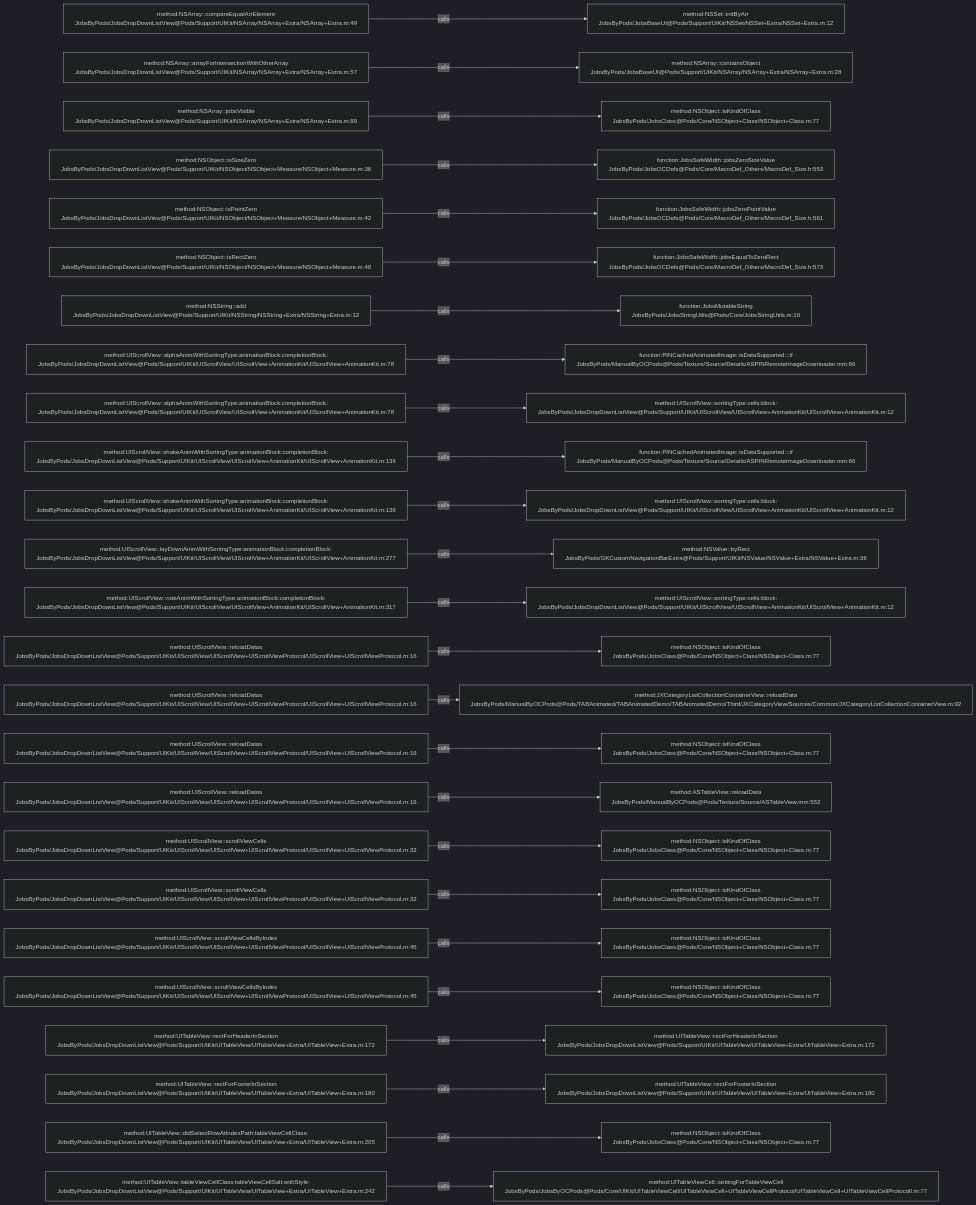
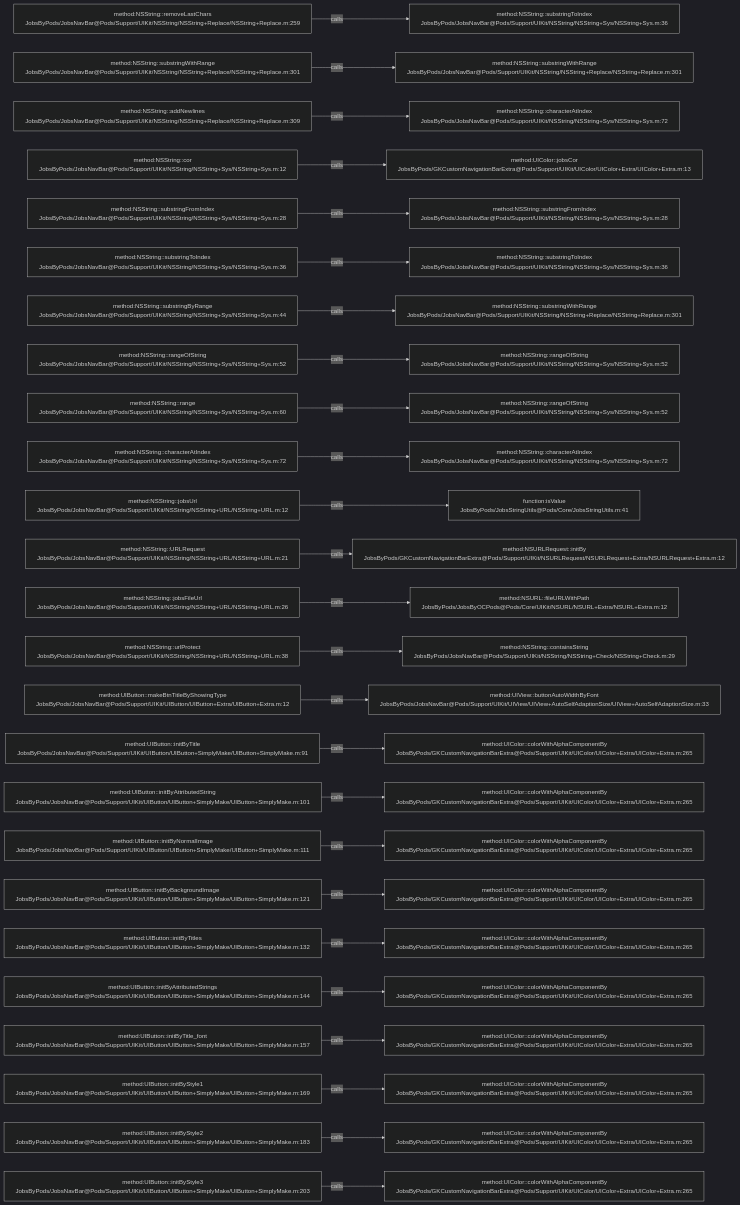
The diagram in .codegraph/codegraph.md/graphs/calls-121.md (JobsKits/JobsOCBaseConfigDemo), drawn with Mermaid (dark theme) before and after one commit. The commit also changed 1026 other files, not shown here.

````diff
--- a/.codegraph/codegraph.md/graphs/calls-121.md
+++ b/.codegraph/codegraph.md/graphs/calls-121.md
@@ -13,78 +13,78 @@
 ```mermaid
 flowchart LR
-  S1["method:NSArray::compareEqualArrElement<br/>JobsByPods/JobsDropDownListView@Pods/Support/UIKit/NSArray/NSArray+Extra/NSArray+Extra.m:49"]
-  T1["method:NSSet::initByArr<br/>JobsByPods/JobsBaseUI@Pods/Support/UIKit/NSSet/NSSet+Extra/NSSet+Extra.m:12"]
+  S1["method:NSString::removeLastChars<br/>JobsByPods/JobsNavBar@Pods/Support/UIKit/NSString/NSString+Replace/NSString+Replace.m:259"]
+  T1["method:NSString::substringToIndex<br/>JobsByPods/JobsNavBar@Pods/Support/UIKit/NSString/NSString+Sys/NSString+Sys.m:36"]
   S1 -->|calls| T1
-  S2["method:NSArray::arrayForIntersectionWithOtherArray<br/>JobsByPods/JobsDropDownListView@Pods/Support/UIKit/NSArray/NSArray+Extra/NSArray+Extra.m:57"]
-  T2["method:NSArray::containsObject<br/>JobsByPods/JobsBaseUI@Pods/Support/UIKit/NSArray/NSArray+Extra/NSArray+Extra.m:28"]
+  S2["method:NSString::substringWithRange<br/>JobsByPods/JobsNavBar@Pods/Support/UIKit/NSString/NSString+Replace/NSString+Replace.m:301"]
+  T2["method:NSString::substringWithRange<br/>JobsByPods/JobsNavBar@Pods/Support/UIKit/NSString/NSString+Replace/NSString+Replace.m:301"]
   S2 -->|calls| T2
-  S3["method:NSArray::jobsVisible<br/>JobsByPods/JobsDropDownListView@Pods/Support/UIKit/NSArray/NSArray+Extra/NSArray+Extra.m:89"]
-  T3["method:NSObject::isKindOfClass<br/>JobsByPods/JobsClass@Pods/Core/NSObject+Class/NSObject+Class.m:77"]
+  S3["method:NSString::addNewlines<br/>JobsByPods/JobsNavBar@Pods/Support/UIKit/NSString/NSString+Replace/NSString+Replace.m:309"]
+  T3["method:NSString::characterAtIndex<br/>JobsByPods/JobsNavBar@Pods/Support/UIKit/NSString/NSString+Sys/NSString+Sys.m:72"]
   S3 -->|calls| T3
-  S4["method:NSObject::isSizeZero<br/>JobsByPods/JobsDropDownListView@Pods/Support/UIKit/NSObject/NSObject+Measure/NSObject+Measure.m:36"]
-  T4["function:JobsSafeWidth::jobsZeroSizeValue<br/>JobsByPods/JobsOCDefs@Pods/Core/MacroDef_Others/MacroDef_Size.h:553"]
+  S4["method:NSString::cor<br/>JobsByPods/JobsNavBar@Pods/Support/UIKit/NSString/NSString+Sys/NSString+Sys.m:12"]
+  T4["method:UIColor::jobsCor<br/>JobsByPods/GKCustomNavigationBarExtra@Pods/Support/UIKit/UIColor/UIColor+Extra/UIColor+Extra.m:13"]
   S4 -->|calls| T4
-  S5["method:NSObject::isPointZero<br/>JobsByPods/JobsDropDownListView@Pods/Support/UIKit/NSObject/NSObject+Measure/NSObject+Measure.m:42"]
-  T5["function:JobsSafeWidth::jobsZeroPointValue<br/>JobsByPods/JobsOCDefs@Pods/Core/MacroDef_Others/MacroDef_Size.h:561"]
+  S5["method:NSString::substringFromIndex<br/>JobsByPods/JobsNavBar@Pods/Support/UIKit/NSString/NSString+Sys/NSString+Sys.m:28"]
+  T5["method:NSString::substringFromIndex<br/>JobsByPods/JobsNavBar@Pods/Support/UIKit/NSString/NSString+Sys/NSString+Sys.m:28"]
   S5 -->|calls| T5
-  S6["method:NSObject::isRectZero<br/>JobsByPods/JobsDropDownListView@Pods/Support/UIKit/NSObject/NSObject+Measure/NSObject+Measure.m:48"]
-  T6["function:JobsSafeWidth::jobsEqualToZeroRect<br/>JobsByPods/JobsOCDefs@Pods/Core/MacroDef_Others/MacroDef_Size.h:573"]
+  S6["method:NSString::substringToIndex<br/>JobsByPods/JobsNavBar@Pods/Support/UIKit/NSString/NSString+Sys/NSString+Sys.m:36"]
+  T6["method:NSString::substringToIndex<br/>JobsByPods/JobsNavBar@Pods/Support/UIKit/NSString/NSString+Sys/NSString+Sys.m:36"]
   S6 -->|calls| T6
-  S7["method:NSString::add<br/>JobsByPods/JobsDropDownListView@Pods/Support/UIKit/NSString/NSString+Extra/NSString+Extra.m:12"]
-  T7["function:JobsMutableString<br/>JobsByPods/JobsStringUtils@Pods/Core/JobsStringUtils.m:10"]
+  S7["method:NSString::substringByRange<br/>JobsByPods/JobsNavBar@Pods/Support/UIKit/NSString/NSString+Sys/NSString+Sys.m:44"]
+  T7["method:NSString::substringWithRange<br/>JobsByPods/JobsNavBar@Pods/Support/UIKit/NSString/NSString+Replace/NSString+Replace.m:301"]
   S7 -->|calls| T7
-  S8["method:UIScrollView::alphaAnimWithSortingType:animationBlock:completionBlock:<br/>JobsByPods/JobsDropDownListView@Pods/Support/UIKit/UIScrollView/UIScrollView+AnimationKit/UIScrollView+AnimationKit.m:78"]
-  T8["function:PINCachedAnimatedImage::isDataSupported:::if<br/>JobsByPods/ManualByOCPods@Pods/Texture/Source/Details/ASPINRemoteImageDownloader.mm:66"]
+  S8["method:NSString::rangeOfString<br/>JobsByPods/JobsNavBar@Pods/Support/UIKit/NSString/NSString+Sys/NSString+Sys.m:52"]
+  T8["method:NSString::rangeOfString<br/>JobsByPods/JobsNavBar@Pods/Support/UIKit/NSString/NSString+Sys/NSString+Sys.m:52"]
   S8 -->|calls| T8
-  S9["method:UIScrollView::alphaAnimWithSortingType:animationBlock:completionBlock:<br/>JobsByPods/JobsDropDownListView@Pods/Support/UIKit/UIScrollView/UIScrollView+AnimationKit/UIScrollView+AnimationKit.m:78"]
-  T9["method:UIScrollView::sortingType:cells:block:<br/>JobsByPods/JobsDropDownListView@Pods/Support/UIKit/UIScrollView/UIScrollView+AnimationKit/UIScrollView+AnimationKit.m:12"]
+  S9["method:NSString::range<br/>JobsByPods/JobsNavBar@Pods/Support/UIKit/NSString/NSString+Sys/NSString+Sys.m:60"]
+  T9["method:NSString::rangeOfString<br/>JobsByPods/JobsNavBar@Pods/Support/UIKit/NSString/NSString+Sys/NSString+Sys.m:52"]
   S9 -->|calls| T9
-  S10["method:UIScrollView::shakeAnimWithSortingType:animationBlock:completionBlock:<br/>JobsByPods/JobsDropDownListView@Pods/Support/UIKit/UIScrollView/UIScrollView+AnimationKit/UIScrollView+AnimationKit.m:136"]
-  T10["function:PINCachedAnimatedImage::isDataSupported:::if<br/>JobsByPods/ManualByOCPods@Pods/Texture/Source/Details/ASPINRemoteImageDownloader.mm:66"]
+  S10["method:NSString::characterAtIndex<br/>JobsByPods/JobsNavBar@Pods/Support/UIKit/NSString/NSString+Sys/NSString+Sys.m:72"]
+  T10["method:NSString::characterAtIndex<br/>JobsByPods/JobsNavBar@Pods/Support/UIKit/NSString/NSString+Sys/NSString+Sys.m:72"]
   S10 -->|calls| T10
-  S11["method:UIScrollView::shakeAnimWithSortingType:animationBlock:completionBlock:<br/>JobsByPods/JobsDropDownListView@Pods/Support/UIKit/UIScrollView/UIScrollView+AnimationKit/UIScrollView+AnimationKit.m:136"]
-  T11["method:UIScrollView::sortingType:cells:block:<br/>JobsByPods/JobsDropDownListView@Pods/Support/UIKit/UIScrollView/UIScrollView+AnimationKit/UIScrollView+AnimationKit.m:12"]
+  S11["method:NSString::jobsUrl<br/>JobsByPods/JobsNavBar@Pods/Support/UIKit/NSString/NSString+URL/NSString+URL.m:12"]
+  T11["function:isValue<br/>JobsByPods/JobsStringUtils@Pods/Core/JobsStringUtils.m:41"]
   S11 -->|calls| T11
-  S12["method:UIScrollView::layDownAnimWithSortingType:animationBlock:completionBlock:<br/>JobsByPods/JobsDropDownListView@Pods/Support/UIKit/UIScrollView/UIScrollView+AnimationKit/UIScrollView+AnimationKit.m:277"]
-  T12["method:NSValue::byRect<br/>JobsByPods/GKCustomNavigationBarExtra@Pods/Support/UIKit/NSValue/NSValue+Extra/NSValue+Extra.m:36"]
+  S12["method:NSString::URLRequest<br/>JobsByPods/JobsNavBar@Pods/Support/UIKit/NSString/NSString+URL/NSString+URL.m:21"]
+  T12["method:NSURLRequest::initBy<br/>JobsByPods/GKCustomNavigationBarExtra@Pods/Support/UIKit/NSURLRequest/NSURLRequest+Extra/NSURLRequest+Extra.m:12"]
   S12 -->|calls| T12
-  S13["method:UIScrollView::roteAnimWithSortingType:animationBlock:completionBlock:<br/>JobsByPods/JobsDropDownListView@Pods/Support/UIKit/UIScrollView/UIScrollView+AnimationKit/UIScrollView+AnimationKit.m:317"]
-  T13["method:UIScrollView::sortingType:cells:block:<br/>JobsByPods/JobsDropDownListView@Pods/Support/UIKit/UIScrollView/UIScrollView+AnimationKit/UIScrollView+AnimationKit.m:12"]
+  S13["method:NSString::jobsFileUrl<br/>JobsByPods/JobsNavBar@Pods/Support/UIKit/NSString/NSString+URL/NSString+URL.m:26"]
+  T13["method:NSURL::fileURLWithPath<br/>JobsByPods/JobsByOCPods@Pods/Core/UIKit/NSURL/NSURL+Extra/NSURL+Extra.m:12"]
   S13 -->|calls| T13
-  S14["method:UIScrollView::reloadDatas<br/>JobsByPods/JobsDropDownListView@Pods/Support/UIKit/UIScrollView/UIScrollView+UIScrollViewProtocol/UIScrollView+UIScrollViewProtocol.m:16"]
-  T14["method:NSObject::isKindOfClass<br/>JobsByPods/JobsClass@Pods/Core/NSObject+Class/NSObject+Class.m:77"]
+  S14["method:NSString::urlProtect<br/>JobsByPods/JobsNavBar@Pods/Support/UIKit/NSString/NSString+URL/NSString+URL.m:38"]
+  T14["method:NSString::containsString<br/>JobsByPods/JobsNavBar@Pods/Support/UIKit/NSString/NSString+Check/NSString+Check.m:29"]
   S14 -->|calls| T14
-  S15["method:UIScrollView::reloadDatas<br/>JobsByPods/JobsDropDownListView@Pods/Support/UIKit/UIScrollView/UIScrollView+UIScrollViewProtocol/UIScrollView+UIScrollViewProtocol.m:16"]
-  T15["method:JXCategoryListCollectionContainerView::reloadData<br/>JobsByPods/ManualByOCPods@Pods/TABAnimated/TABAnimatedDemo/TABAnimatedDemo/Third/JXCategoryView/Sources/Common/JXCategoryListCollectionContainerView.m:92"]
+  S15["method:UIButton::makeBtnTitleByShowingType<br/>JobsByPods/JobsNavBar@Pods/Support/UIKit/UIButton/UIButton+Extra/UIButton+Extra.m:12"]
+  T15["method:UIView::buttonAutoWidthByFont<br/>JobsByPods/JobsNavBar@Pods/Support/UIKit/UIView/UIView+AutoSelfAdaptionSize/UIView+AutoSelfAdaptionSize.m:33"]
   S15 -->|calls| T15
-  S16["method:UIScrollView::reloadDatas<br/>JobsByPods/JobsDropDownListView@Pods/Support/UIKit/UIScrollView/UIScrollView+UIScrollViewProtocol/UIScrollView+UIScrollViewProtocol.m:16"]
-  T16["method:NSObject::isKindOfClass<br/>JobsByPods/JobsClass@Pods/Core/NSObject+Class/NSObject+Class.m:77"]
+  S16["method:UIButton::initByTitle<br/>JobsByPods/JobsNavBar@Pods/Support/UIKit/UIButton/UIButton+SimplyMake/UIButton+SimplyMake.m:91"]
+  T16["method:UIColor::colorWithAlphaComponentBy<br/>JobsByPods/GKCustomNavigationBarExtra@Pods/Support/UIKit/UIColor/UIColor+Extra/UIColor+Extra.m:265"]
   S16 -->|calls| T16
-  S17["method:UIScrollView::reloadDatas<br/>JobsByPods/JobsDropDownListView@Pods/Support/UIKit/UIScrollView/UIScrollView+UIScrollViewProtocol/UIScrollView+UIScrollViewProtocol.m:16"]
-  T17["method:ASTableView::reloadData<br/>JobsByPods/ManualByOCPods@Pods/Texture/Source/ASTableView.mm:552"]
+  S17["method:UIButton::initByAttributedString<br/>JobsByPods/JobsNavBar@Pods/Support/UIKit/UIButton/UIButton+SimplyMake/UIButton+SimplyMake.m:101"]
+  T17["method:UIColor::colorWithAlphaComponentBy<br/>JobsByPods/GKCustomNavigationBarExtra@Pods/Support/UIKit/UIColor/UIColor+Extra/UIColor+Extra.m:265"]
   S17 -->|calls| T17
-  S18["method:UIScrollView::scrollViewCells<br/>JobsByPods/JobsDropDownListView@Pods/Support/UIKit/UIScrollView/UIScrollView+UIScrollViewProtocol/UIScrollView+UIScrollViewProtocol.m:32"]
-  T18["method:NSObject::isKindOfClass<br/>JobsByPods/JobsClass@Pods/Core/NSObject+Class/NSObject+Class.m:77"]
+  S18["method:UIButton::initByNormalImage<br/>JobsByPods/JobsNavBar@Pods/Support/UIKit/UIButton/UIButton+SimplyMake/UIButton+SimplyMake.m:111"]
+  T18["method:UIColor::colorWithAlphaComponentBy<br/>JobsByPods/GKCustomNavigationBarExtra@Pods/Support/UIKit/UIColor/UIColor+Extra/UIColor+Extra.m:265"]
   S18 -->|calls| T18
-  S19["method:UIScrollView::scrollViewCells<br/>JobsByPods/JobsDropDownListView@Pods/Support/UIKit/UIScrollView/UIScrollView+UIScrollViewProtocol/UIScrollView+UIScrollViewProtocol.m:32"]
-  T19["method:NSObject::isKindOfClass<br/>JobsByPods/JobsClass@Pods/Core/NSObject+Class/NSObject+Class.m:77"]
+  S19["method:UIButton::initByBackgroundImage<br/>JobsByPods/JobsNavBar@Pods/Support/UIKit/UIButton/UIButton+SimplyMake/UIButton+SimplyMake.m:121"]
+  T19["method:UIColor::colorWithAlphaComponentBy<br/>JobsByPods/GKCustomNavigationBarExtra@Pods/Support/UIKit/UIColor/UIColor+Extra/UIColor+Extra.m:265"]
   S19 -->|calls| T19
-  S20["method:UIScrollView::scrollViewCellsByIndex<br/>JobsByPods/JobsDropDownListView@Pods/Support/UIKit/UIScrollView/UIScrollView+UIScrollViewProtocol/UIScrollView+UIScrollViewProtocol.m:45"]
-  T20["method:NSObject::isKindOfClass<br/>JobsByPods/JobsClass@Pods/Core/NSObject+Class/NSObject+Class.m:77"]
+  S20["method:UIButton::initByTitles<br/>JobsByPods/JobsNavBar@Pods/Support/UIKit/UIButton/UIButton+SimplyMake/UIButton+SimplyMake.m:132"]
+  T20["method:UIColor::colorWithAlphaComponentBy<br/>JobsByPods/GKCustomNavigationBarExtra@Pods/Support/UIKit/UIColor/UIColor+Extra/UIColor+Extra.m:265"]
   S20 -->|calls| T20
-  S21["method:UIScrollView::scrollViewCellsByIndex<br/>JobsByPods/JobsDropDownListView@Pods/Support/UIKit/UIScrollView/UIScrollView+UIScrollViewProtocol/UIScrollView+UIScrollViewProtocol.m:45"]
-  T21["method:NSObject::isKindOfClass<br/>JobsByPods/JobsClass@Pods/Core/NSObject+Class/NSObject+Class.m:77"]
+  S21["method:UIButton::initByAttributedStrings<br/>JobsByPods/JobsNavBar@Pods/Support/UIKit/UIButton/UIButton+SimplyMake/UIButton+SimplyMake.m:144"]
+  T21["method:UIColor::colorWithAlphaComponentBy<br/>JobsByPods/GKCustomNavigationBarExtra@Pods/Support/UIKit/UIColor/UIColor+Extra/UIColor+Extra.m:265"]
   S21 -->|calls| T21
-  S22["method:UITableView::rectForHeaderInSection<br/>JobsByPods/JobsDropDownListView@Pods/Support/UIKit/UITableView/UITableView+Extra/UITableView+Extra.m:172"]
-  T22["method:UITableView::rectForHeaderInSection<br/>JobsByPods/JobsDropDownListView@Pods/Support/UIKit/UITableView/UITableView+Extra/UITableView+Extra.m:172"]
+  S22["method:UIButton::initByTitle_font<br/>JobsByPods/JobsNavBar@Pods/Support/UIKit/UIButton/UIButton+SimplyMake/UIButton+SimplyMake.m:157"]
+  T22["method:UIColor::colorWithAlphaComponentBy<br/>JobsByPods/GKCustomNavigationBarExtra@Pods/Support/UIKit/UIColor/UIColor+Extra/UIColor+Extra.m:265"]
   S22 -->|calls| T22
-  S23["method:UITableView::rectForFooterInSection<br/>JobsByPods/JobsDropDownListView@Pods/Support/UIKit/UITableView/UITableView+Extra/UITableView+Extra.m:180"]
-  T23["method:UITableView::rectForFooterInSection<br/>JobsByPods/JobsDropDownListView@Pods/Support/UIKit/UITableView/UITableView+Extra/UITableView+Extra.m:180"]
+  S23["method:UIButton::initByStyle1<br/>JobsByPods/JobsNavBar@Pods/Support/UIKit/UIButton/UIButton+SimplyMake/UIButton+SimplyMake.m:169"]
+  T23["method:UIColor::colorWithAlphaComponentBy<br/>JobsByPods/GKCustomNavigationBarExtra@Pods/Support/UIKit/UIColor/UIColor+Extra/UIColor+Extra.m:265"]
   S23 -->|calls| T23
-  S24["method:UITableView::didSelectRowAtIndexPath:tableViewCellClass:<br/>JobsByPods/JobsDropDownListView@Pods/Support/UIKit/UITableView/UITableView+Extra/UITableView+Extra.m:205"]
-  T24["method:NSObject::isKindOfClass<br/>JobsByPods/JobsClass@Pods/Core/NSObject+Class/NSObject+Class.m:77"]
+  S24["method:UIButton::initByStyle2<br/>JobsByPods/JobsNavBar@Pods/Support/UIKit/UIButton/UIButton+SimplyMake/UIButton+SimplyMake.m:183"]
+  T24["method:UIColor::colorWithAlphaComponentBy<br/>JobsByPods/GKCustomNavigationBarExtra@Pods/Support/UIKit/UIColor/UIColor+Extra/UIColor+Extra.m:265"]
   S24 -->|calls| T24
-  S25["method:UITableView::tableViewCellClass:tableViewCellSalt:withStyle:<br/>JobsByPods/JobsDropDownListView@Pods/Support/UIKit/UITableView/UITableView+Extra/UITableView+Extra.m:242"]
-  T25["method:UITableViewCell::settingForTableViewCell<br/>JobsByPods/JobsByOCPods@Pods/Core/UIKit/UITableViewCell/UITableViewCell+UITableViewCellProtocol/UITableViewCell+UITableViewCellProtocoll.m:77"]
+  S25["method:UIButton::initByStyle3<br/>JobsByPods/JobsNavBar@Pods/Support/UIKit/UIButton/UIButton+SimplyMake/UIButton+SimplyMake.m:203"]
+  T25["method:UIColor::colorWithAlphaComponentBy<br/>JobsByPods/GKCustomNavigationBarExtra@Pods/Support/UIKit/UIColor/UIColor+Extra/UIColor+Extra.m:265"]
   S25 -->|calls| T25
 ```
````
